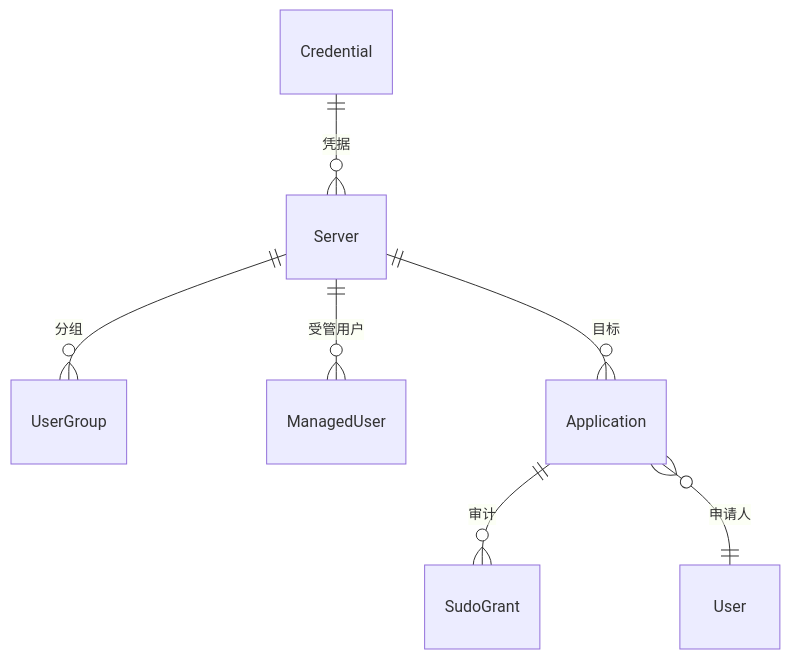
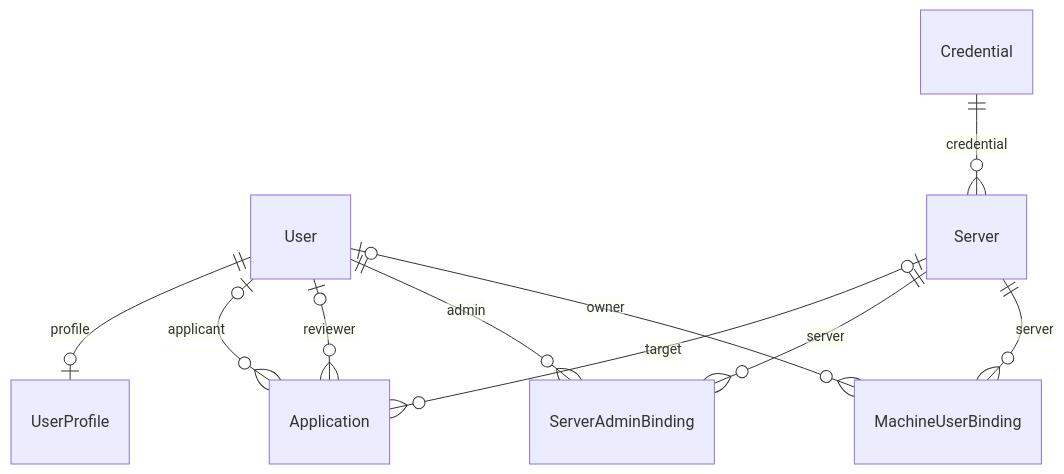
One commit to yuantao313/no_root_manager changed the diagram in docs/architecture.md. Above: the diagram before and after it, drawn with Mermaid. The commit also changed other lines of this file and 29 other files, not shown here.

````diff
--- a/docs/architecture.md
+++ b/docs/architecture.md
@@ -16,9 +20,12 @@
 ```mermaid
 erDiagram
-    Credential ||--o{ Server : 凭据
-    Server ||--o{ UserGroup : 分组
-    Server ||--o{ ManagedUser : 受管用户
-    Server ||--o{ Application : 目标
-    Application ||--o{ SudoGrant : 审计
-    Application }o--|| User : 申请人
+    User ||--o| UserProfile : profile
+    User o|--o{ Application : applicant
+    User o|--o{ Application : reviewer
+    Credential ||--o{ Server : credential
+    Server o|--o{ Application : target
+    User ||--o{ ServerAdminBinding : admin
+    Server ||--o{ ServerAdminBinding : server
+    User o|--o{ MachineUserBinding : owner
+    Server ||--o{ MachineUserBinding : server
 ```
````
